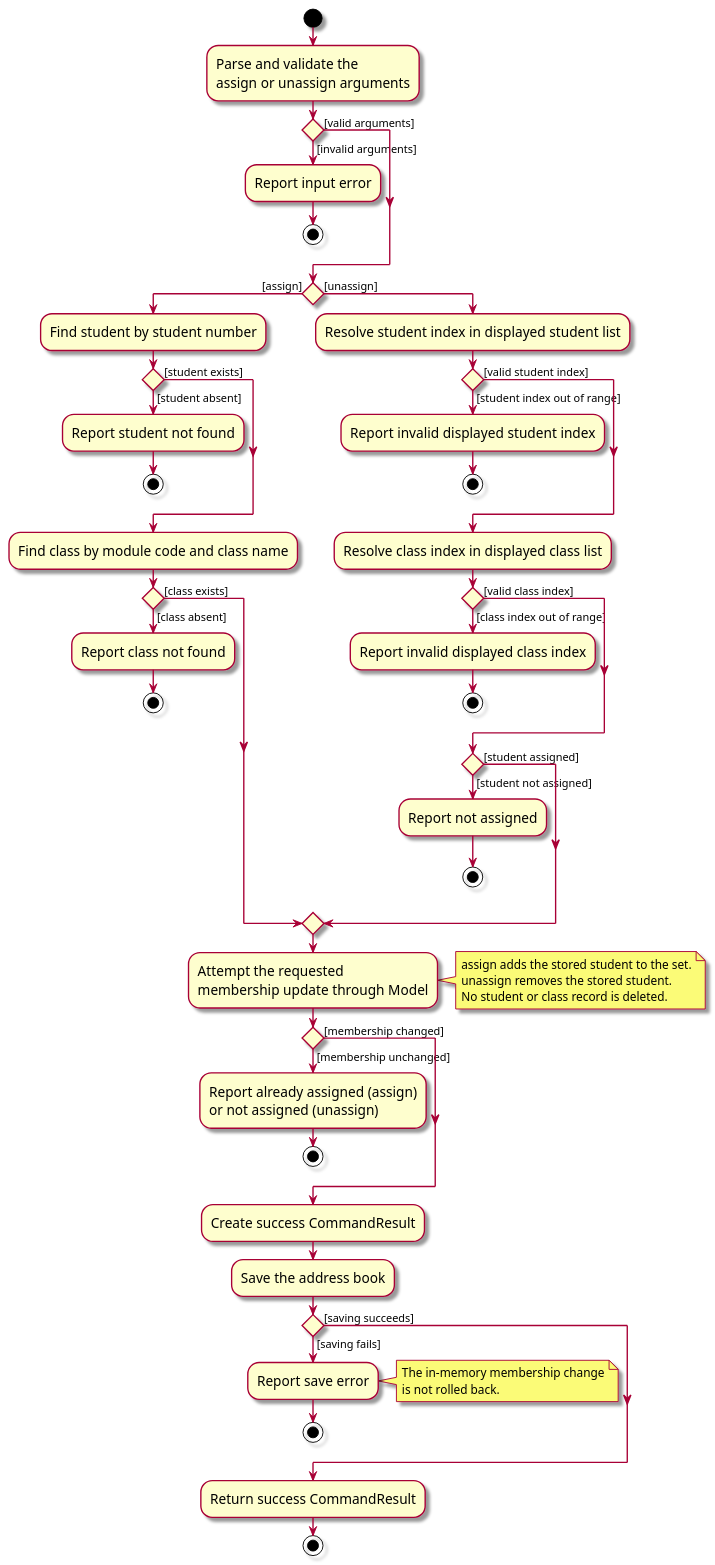
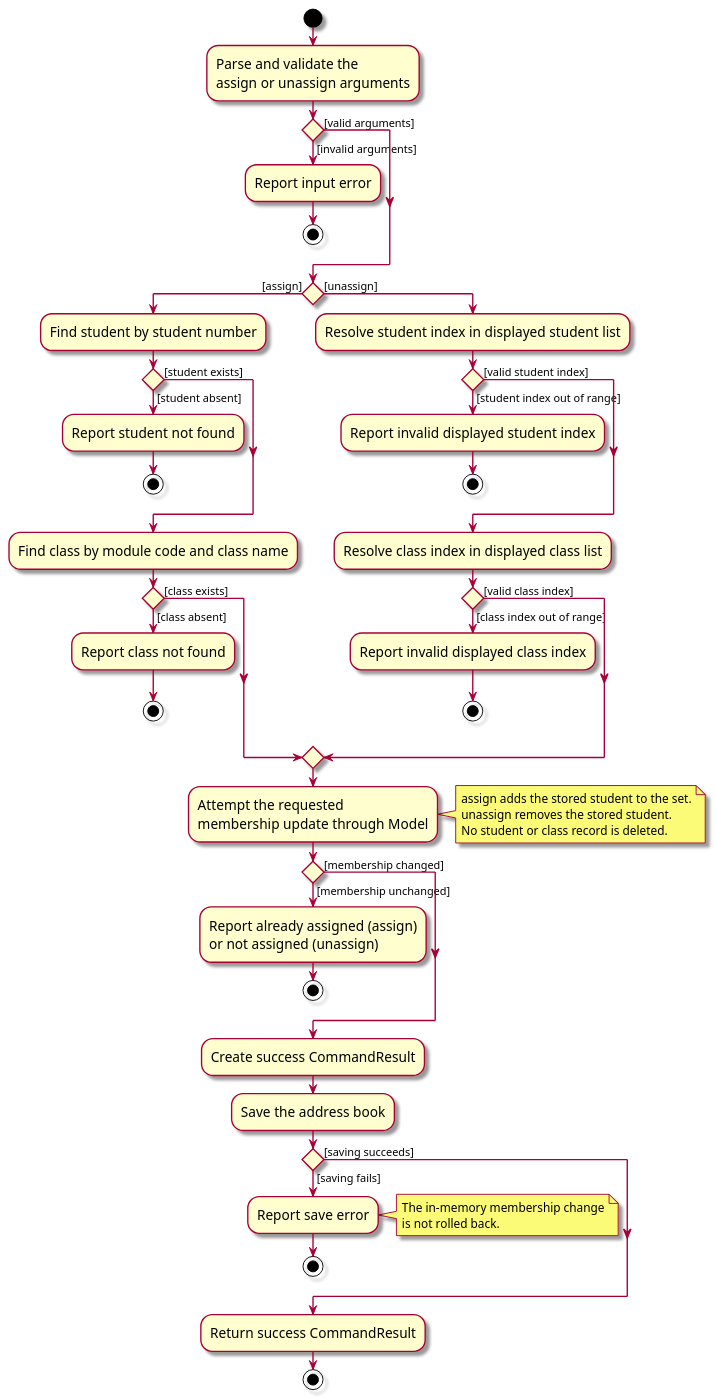
The diagram in docs/diagrams/AssignUnassignActivityDiagram.puml (AY2627S1-CS2103-F10-2/tp), drawn with PlantUML before and after one commit. The commit also changed 3 other files, not shown here.

```diff
--- a/docs/diagrams/AssignUnassignActivityDiagram.puml
+++ b/docs/diagrams/AssignUnassignActivityDiagram.puml
@@ -1,79 +1,74 @@
 @startuml
 skin rose
 skinparam ActivityFontSize 15
 skinparam ArrowFontSize 12
 
 start
 :Parse and validate the
 assign or unassign arguments;
 
 ' Guards are on the outgoing branches, matching CommitActivityDiagram.puml.
 if () then ([invalid arguments])
     :Report input error;
     stop
 else ([valid arguments])
 endif
 
 if () then ([assign])
     :Find student by student number;
     if () then ([student absent])
         :Report student not found;
         stop
     else ([student exists])
     endif
     :Find class by module code and class name;
     if () then ([class absent])
         :Report class not found;
         stop
     else ([class exists])
     endif
 else ([unassign])
     :Resolve student index in displayed student list;
     if () then ([student index out of range])
         :Report invalid displayed student index;
         stop
     else ([valid student index])
     endif
     :Resolve class index in displayed class list;
     if () then ([class index out of range])
         :Report invalid displayed class index;
         stop
     else ([valid class index])
     endif
-    if () then ([student not assigned])
-        :Report not assigned;
-        stop
-    else ([student assigned])
-    endif
 endif
 
 :Attempt the requested
 membership update through Model;
 note right
 assign adds the stored student to the set.
 unassign removes the stored student.
 No student or class record is deleted.
 end note
 
 if () then ([membership unchanged])
     :Report already assigned (assign)
     or not assigned (unassign);
     stop
 else ([membership changed])
 endif
 
 :Create success CommandResult;
 :Save the address book;
 if () then ([saving fails])
     :Report save error;
     note right
     The in-memory membership change
     is not rolled back.
     end note
     stop
 else ([saving succeeds])
 endif
 
 :Return success CommandResult;
 stop
 @enduml
```
